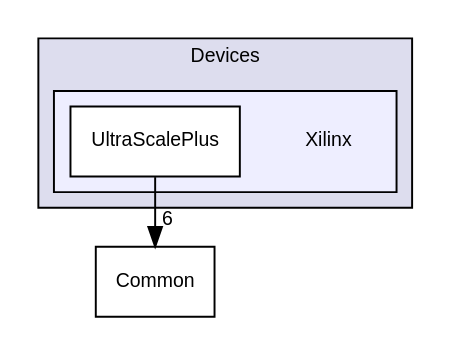
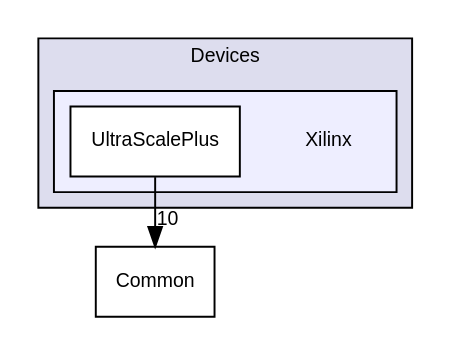
One commit to FPGA-Research-Manchester/byteman changed the diagram in dir_3b80f9b66070ce327ebd8ab923ef7ff0_dep.dot. Above: the diagram before and after it, drawn with Graphviz. The commit also changed 153 other files, not shown here.

```diff
--- a/dir_3b80f9b66070ce327ebd8ab923ef7ff0_dep.dot
+++ b/dir_3b80f9b66070ce327ebd8ab923ef7ff0_dep.dot
@@ -1,15 +1,15 @@
 digraph "src/Devices/Xilinx" {
   compound=true
   node [ fontsize="10", fontname="Helvetica"];
   edge [ labelfontsize="10", labelfontname="Helvetica"];
   subgraph clusterdir_27b17494125eb78195473abe004504ab {
     graph [ bgcolor="#ddddee", pencolor="black", label="Devices" fontname="Helvetica", fontsize="10", URL="dir_27b17494125eb78195473abe004504ab.html"]
   subgraph clusterdir_3b80f9b66070ce327ebd8ab923ef7ff0 {
     graph [ bgcolor="#eeeeff", pencolor="black", label="" URL="dir_3b80f9b66070ce327ebd8ab923ef7ff0.html"];
     dir_3b80f9b66070ce327ebd8ab923ef7ff0 [shape=plaintext label="Xilinx"];
     dir_21f1379af401b02d6de0cd697d1b0560 [shape=box label="UltraScalePlus" color="black" fillcolor="white" style="filled" URL="dir_21f1379af401b02d6de0cd697d1b0560.html"];
   }
   }
   dir_ba210d1fa67db7bee1bb22e0a3c11d9f [shape=box label="Common" URL="dir_ba210d1fa67db7bee1bb22e0a3c11d9f.html"];
-  dir_21f1379af401b02d6de0cd697d1b0560->dir_ba210d1fa67db7bee1bb22e0a3c11d9f [headlabel="6", labeldistance=1.5 headhref="dir_000004_000001.html"];
+  dir_21f1379af401b02d6de0cd697d1b0560->dir_ba210d1fa67db7bee1bb22e0a3c11d9f [headlabel="10", labeldistance=1.5 headhref="dir_000004_000001.html"];
 }
```
